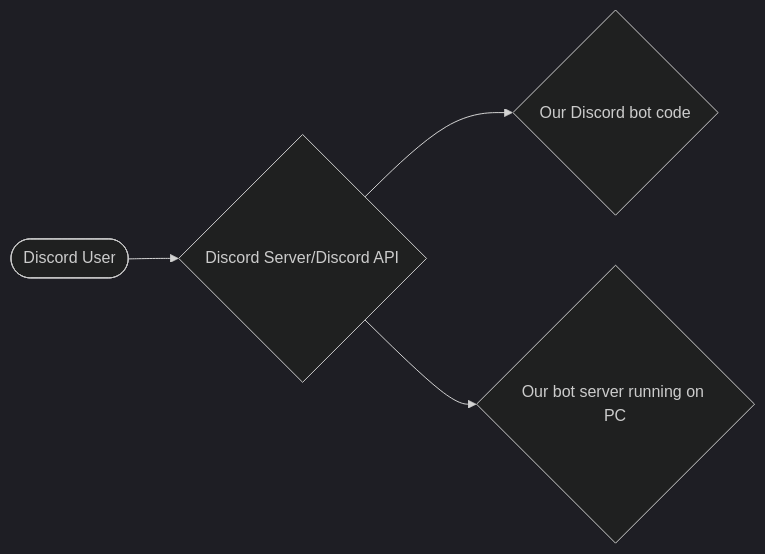
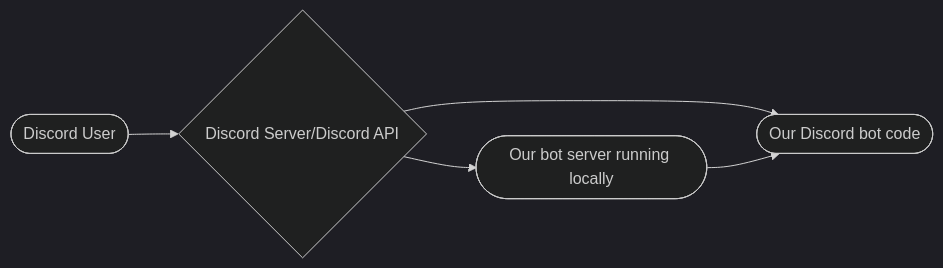
Before and after one commit to Christiewmy1/Binary-Blizzards: the first of 3 diagrams in Architecture.md, drawn with Mermaid (dark theme). The commit also changed other lines of this file, not shown here.

Commit message:
Update Architecture.md
Finished flowchart and added description

````diff
--- a/Architecture.md
+++ b/Architecture.md
@@ -7,7 +9,9 @@
 ```mermaid
 flowchart LR;
 A(["Discord User"])
 A-->B{"Discord Server/Discord API"}
-B-->C{"Our Discord bot code"}
-B-->D{"Our bot server running on PC"}
+B-->C(["Our Discord bot code"])
+B-->D(["Our bot server running locally"])
+D-->C
+
 ```
````
